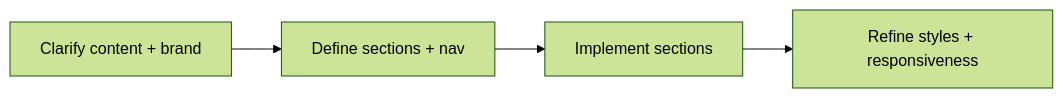
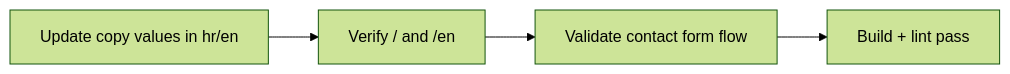
One commit to ipavic933-spec/website-pavic changed the diagram in lode/plans/current-plan.md. Above: the diagram before and after it, drawn with Mermaid (forest theme). The commit also changed other lines of this file and 6 other files, not shown here.

````diff
--- a/lode/plans/current-plan.md
+++ b/lode/plans/current-plan.md
@@ -10,6 +10,6 @@
 ```mermaid
 flowchart LR
-  Discover["Clarify content + brand"] --> Structure["Define sections + nav"]
-  Structure --> Build["Implement sections"]
-  Build --> Polish["Refine styles + responsiveness"]
+  Copy["Update copy values in hr/en"] --> VerifyLocales["Verify / and /en"]
+  VerifyLocales --> Contact["Validate contact form flow"]
+  Contact --> DeployReady["Build + lint pass"]
 ```
````
